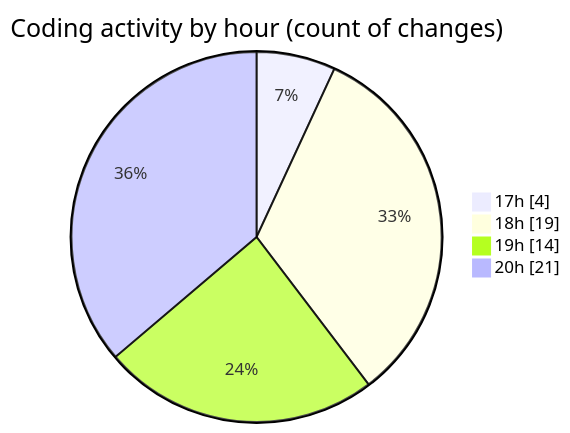
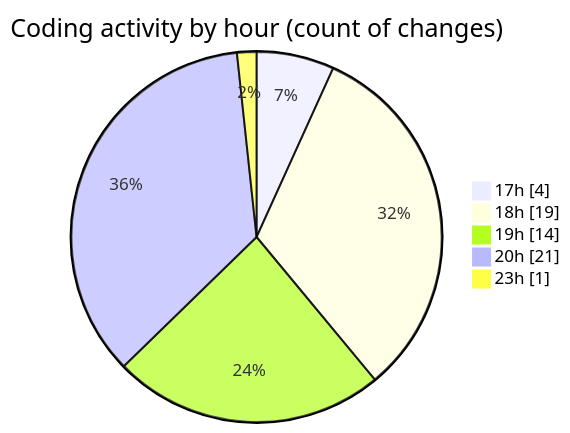
One commit to MatusMokan/code-tracking changed the second of 2 diagrams in 2025-03-18/myws__workspace_/README.md. Above: the diagram before and after it, drawn with Mermaid. The commit also changed other lines of this file and 1 other file, not shown here.

````diff
--- a/2025-03-18/myws__workspace_/README.md
+++ b/2025-03-18/myws__workspace_/README.md
@@ -33,8 +35,9 @@
 ```mermaid
 pie showData
 title Coding activity by hour (count of changes)
 "17h" : 4
 "18h" : 19
 "19h" : 14
 "20h" : 21
+"23h" : 1
 ```
````
